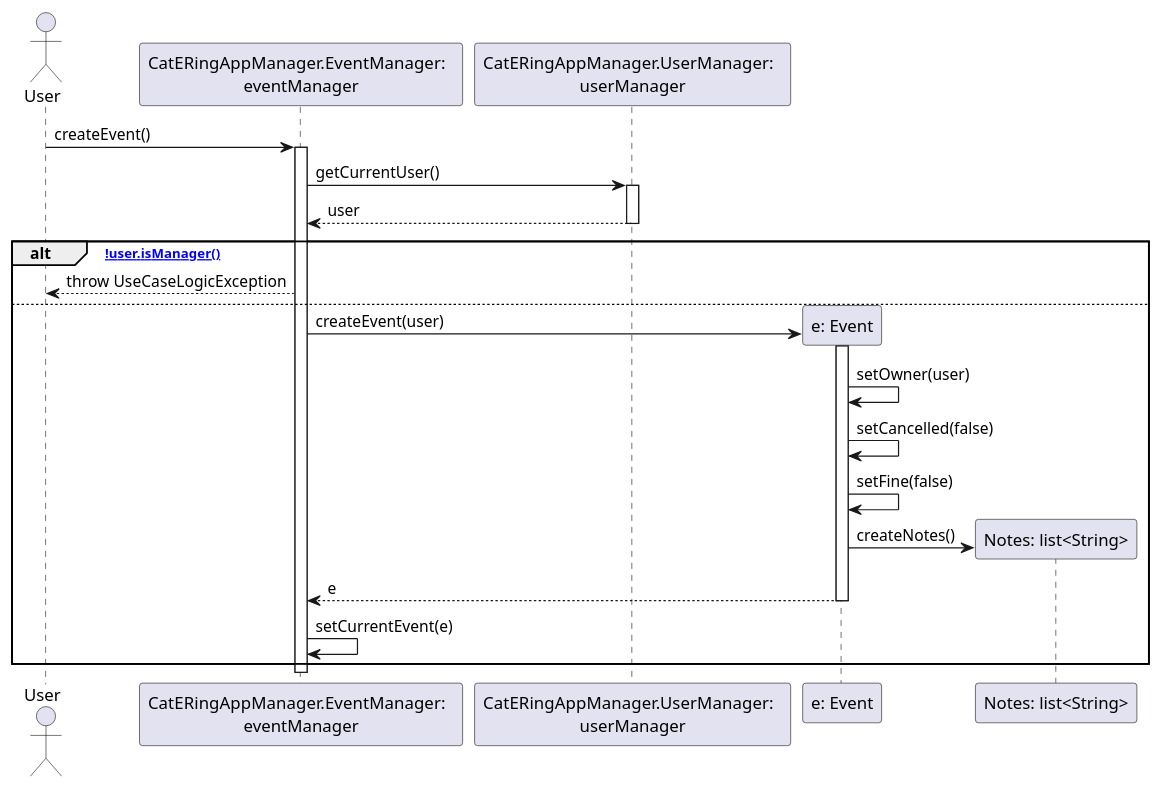
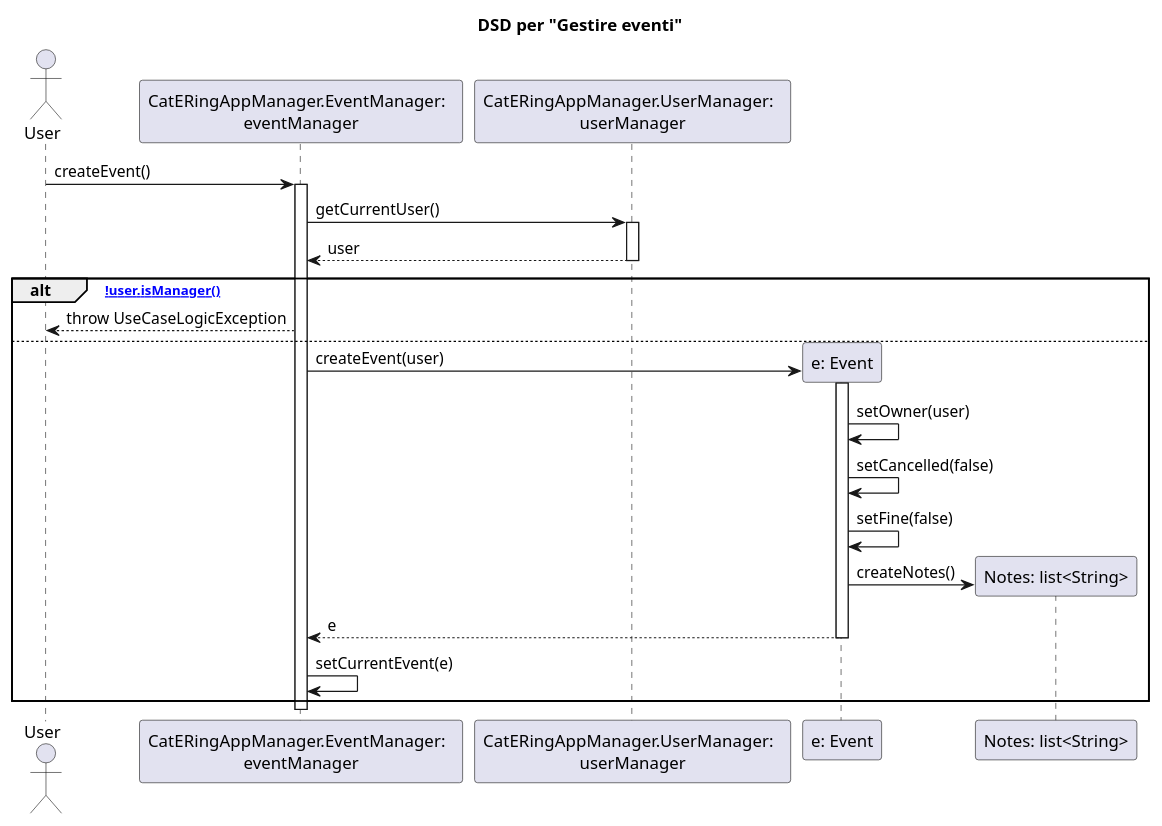
The diagram in dsd/dsd-eventi/scenarioPrincipale/1-createEvent.md (m0canu1/sas), drawn with PlantUML before and after one commit. The commit also changed 14 other files, not shown here.

````diff
--- a/dsd/dsd-eventi/scenarioPrincipale/1-createEvent.md
+++ b/dsd/dsd-eventi/scenarioPrincipale/1-createEvent.md
@@ -1,40 +1,42 @@
 ```plantuml
+
+title: DSD per "Gestire eventi"
 
 Actor User
 Participant "CatERingAppManager.EventManager:  \neventManager" as EM
 Participant "CatERingAppManager.UserManager:  \nuserManager" as UM
 
 User -> EM : createEvent()
 Activate EM
 
 EM -> UM: getCurrentUser()
 Activate UM
 
 UM --> EM: user
 Deactivate UM
 
 alt [!user.isManager()]
     EM --> User : throw UseCaseLogicException
 else
     create "e: Event"
     EM -> "e: Event": createEvent(user)
     Activate "e: Event"
         "e: Event" -> "e: Event": setOwner(user)
         "e: Event" -> "e: Event": setCancelled(false)
         "e: Event" -> "e: Event": setFine(false)
         create "Notes: list<String>"
         "e: Event" -> "Notes: list<String>": createNotes()
     "e: Event" --> EM : e
     Deactivate "e: Event"
     EM -> EM : setCurrentEvent(e)
 end
 Deactivate EM
 
 
 
 
 
 
 
 
 ```
````
